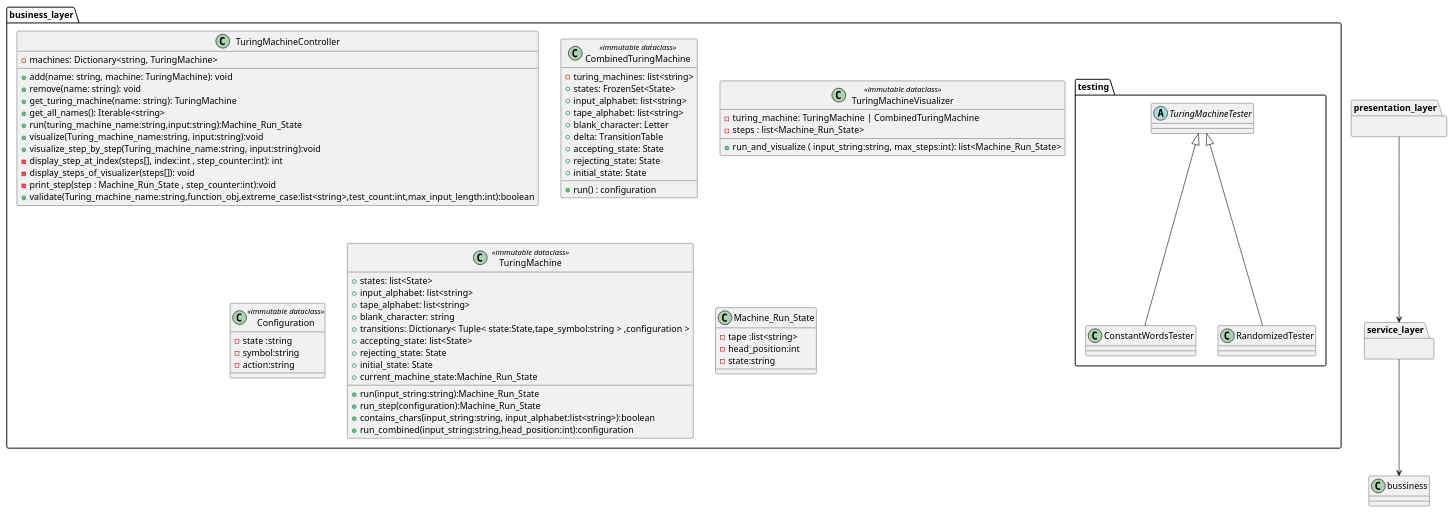
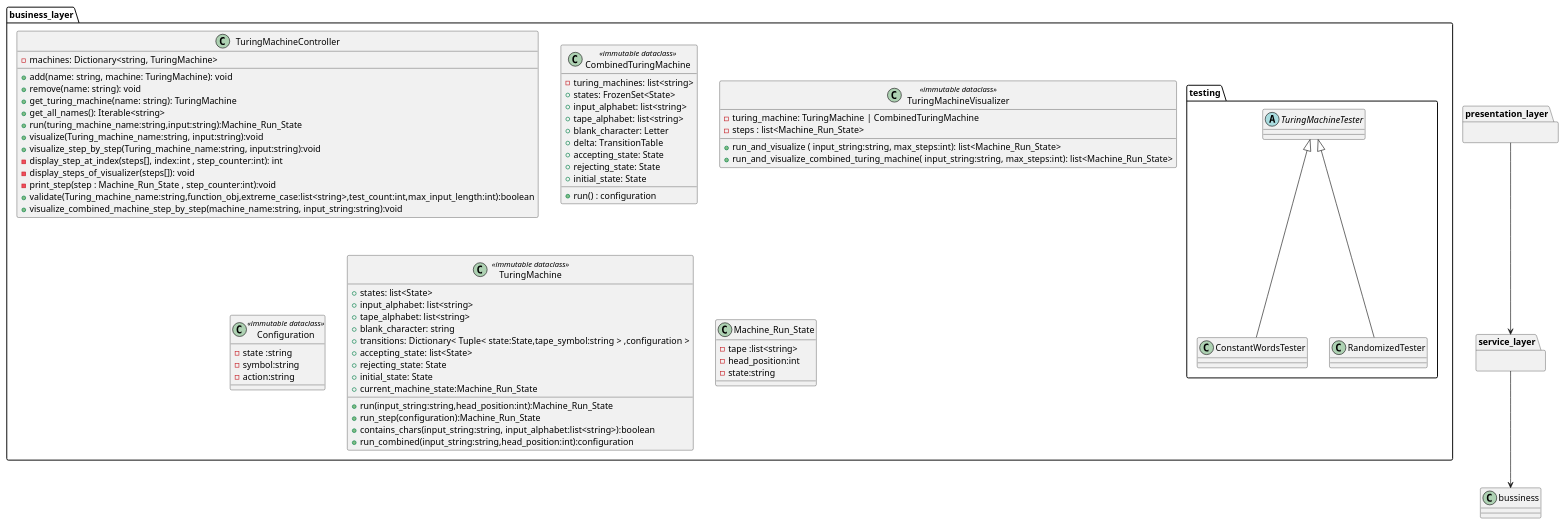
One commit to Turing-Machine-Tutor/Turing-Machine-Tutor changed the diagram in docs/uml/bussiness_layer.puml. Above: the diagram before and after it, drawn with PlantUML. The commit also changed 7 other files, not shown here.

Commit message:
added function: visualize_combined_machine_step_by_step and updated UML

```diff
--- a/docs/uml/bussiness_layer.puml
+++ b/docs/uml/bussiness_layer.puml
@@ -1,109 +1,110 @@
 @startuml
 
 
 
 package business_layer {
     class TuringMachineController {
         - machines: Dictionary<string, TuringMachine>
 
         + add(name: string, machine: TuringMachine): void
         + remove(name: string): void
         + get_turing_machine(name: string): TuringMachine
         + get_all_names(): Iterable<string>
         + run(turing_machine_name:string,input:string):Machine_Run_State
         +visualize(Turing_machine_name:string, input:string):void
         +visualize_step_by_step(Turing_machine_name:string, input:string):void
         -display_step_at_index(steps[], index:int , step_counter:int): int
         -display_steps_of_visualizer(steps[]): void
         -print_step(step : Machine_Run_State , step_counter:int):void
         +validate(Turing_machine_name:string,function_obj,extreme_case:list<string>,test_count:int,max_input_length:int):boolean
-
+        +visualize_combined_machine_step_by_step(machine_name:string, input_string:string):void
     }
 
 
  class CombinedTuringMachine <<immutable dataclass>> {
         -turing_machines: list<string>
         +run() : configuration
         + states: FrozenSet<State>
         + input_alphabet: list<string>
         + tape_alphabet: list<string>
         + blank_character: Letter
         + delta: TransitionTable
         + accepting_state: State
         + rejecting_state: State
         + initial_state: State
 
     }
 
 
      class TuringMachineVisualizer <<immutable dataclass>> {
         -turing_machine: TuringMachine | CombinedTuringMachine
         -steps : list<Machine_Run_State>
         +run_and_visualize ( input_string:string, max_steps:int): list<Machine_Run_State>
+        +run_and_visualize_combined_turing_machine( input_string:string, max_steps:int): list<Machine_Run_State>
     }
 
     class Configuration <<immutable dataclass>> {
          -state :string
         -symbol:string
         -action:string
     }
 
 
 
     class TuringMachine <<immutable dataclass>> {
         + states: list<State>
         + input_alphabet: list<string>
         + tape_alphabet: list<string>
         + blank_character: string
         + transitions: Dictionary< Tuple< state:State,tape_symbol:string > ,configuration >
         + accepting_state: list<State>
         + rejecting_state: State
         + initial_state: State
         +current_machine_state:Machine_Run_State
-        +run(input_string:string):Machine_Run_State
+        +run(input_string:string,head_position:int):Machine_Run_State
         +run_step(configuration):Machine_Run_State
         +contains_chars(input_string:string, input_alphabet:list<string>):boolean
         +run_combined(input_string:string,head_position:int):configuration
 
     }
 
     class Machine_Run_State {
        -tape :list<string>
        -head_position:int
        -state:string
     }
 
 
 
 package testing {
     abstract class TuringMachineTester {
 
     }
 
     class ConstantWordsTester {
 
     }
 
     class RandomizedTester {
 
     }
 
     ConstantWordsTester -u-|> TuringMachineTester
     RandomizedTester -u-|> TuringMachineTester
 
     }
 }
 
 
 package service_layer {
 
 }
 
 package presentation_layer {
 
 }
 
 service_layer -d-> bussiness
 presentation_layer -d-> service_layer
 
 @enduml
```
